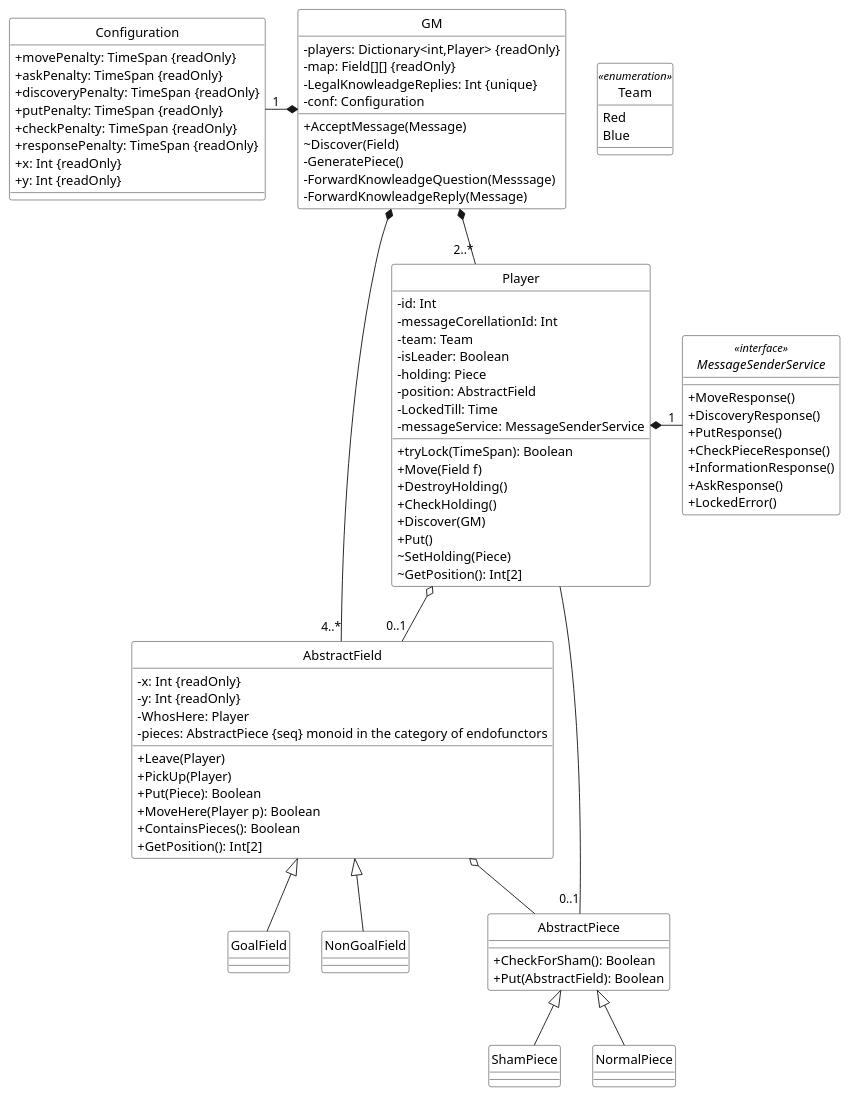
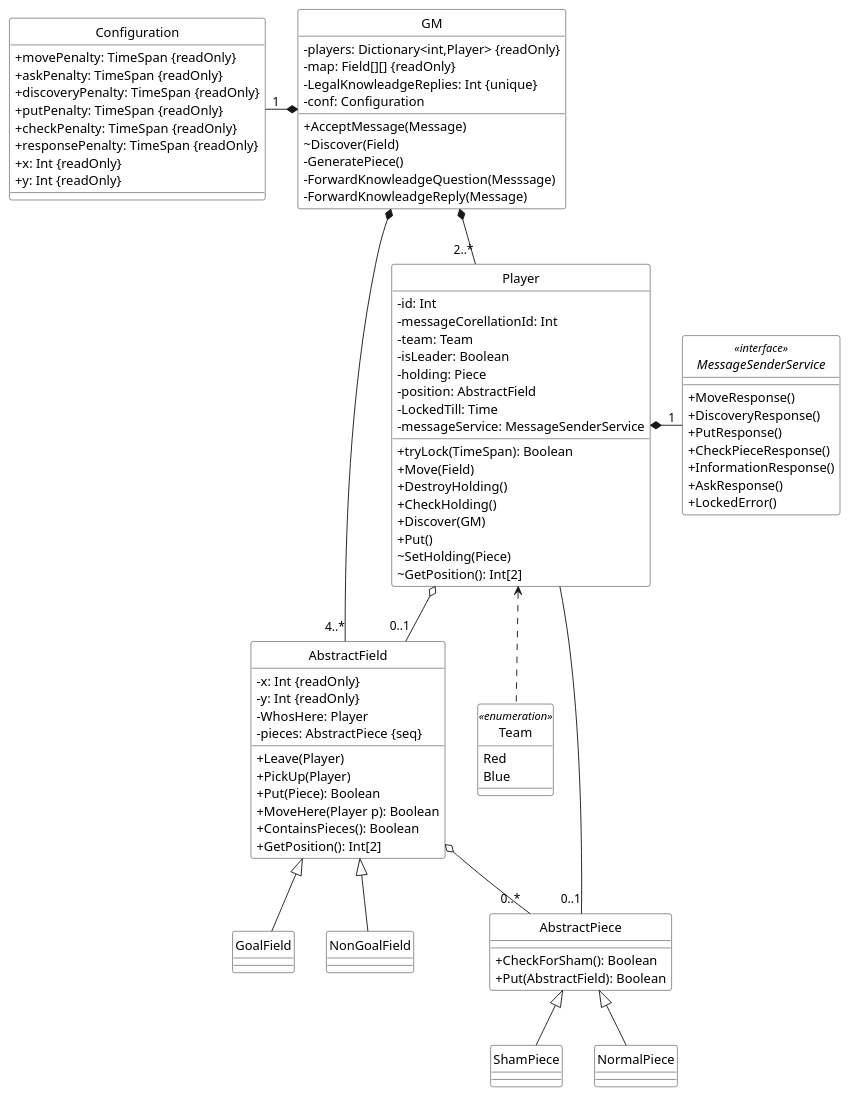
Before and after one commit to MINI-IO/IO-project-game: the diagram in UML/ClassDiagram/GM.puml, drawn with PlantUML.

Commit message:
Fix GM class diagram

```diff
--- a/UML/ClassDiagram/GM.puml
+++ b/UML/ClassDiagram/GM.puml
@@ -1,114 +1,115 @@
 @startuml
 
 skinparam shadowing false
 skinparam monochrome true
 skinparam classAttributeIconSize 0
 hide circle
 
 skinparam class {
 	BackgroundColor white
 }
 
 AbstractField <|-- GoalField
 AbstractField <|-- NonGoalField
 
 class AbstractField
 {
 - x: Int {readOnly}
 - y: Int {readOnly}
 - WhosHere: Player
-- pieces: AbstractPiece {seq} monoid in the category of endofunctors
+- pieces: AbstractPiece {seq}
 + Leave(Player)
 + PickUp(Player)
 + Put(Piece): Boolean
 + MoveHere(Player p): Boolean
 + ContainsPieces(): Boolean
 + GetPosition(): Int[2]
 }
 
 class GoalField
 {
 }
 
 class Configuration
 {
 + movePenalty: TimeSpan {readOnly}
 + askPenalty: TimeSpan {readOnly}
 + discoveryPenalty: TimeSpan {readOnly}
 + putPenalty: TimeSpan {readOnly}
 + checkPenalty: TimeSpan {readOnly}
 + responsePenalty: TimeSpan {readOnly}
 + x: Int {readOnly}
 + y: Int {readOnly}
 }
 
 GM *-left-"1" Configuration
 
 class GM
 {
 + AcceptMessage(Message) 
 ~ Discover(Field)
 - players: Dictionary<int,Player> {readOnly}
 - map: Field[][] {readOnly}
 - LegalKnowleadgeReplies: Int {unique}
 - conf: Configuration
 - GeneratePiece() 
 - ForwardKnowleadgeQuestion(Messsage)
 - ForwardKnowleadgeReply(Message)
 }
 
 
 enum Team <<enumeration>>
 {
 Red
 Blue
 }
 GM *--"2..*" Player
 Player o--"0..1" AbstractField
 Player *-right-"1" MessageSenderService
-AbstractField o-- AbstractPiece
+Player <.down. Team
+AbstractField o--"0..*" AbstractPiece
 class Player
 {
 + tryLock(TimeSpan): Boolean
-+ Move(Field f)
++ Move(Field)
 + DestroyHolding()
 + CheckHolding()
 + Discover(GM)
 + Put()
 ~ SetHolding(Piece)
 ~ GetPosition(): Int[2]
 - id: Int
 - messageCorellationId: Int
 - team: Team
 - isLeader: Boolean
 - holding: Piece
 - position: AbstractField
 - LockedTill: Time
 - messageService: MessageSenderService
 }
 
 interface MessageSenderService <<interface>>
 {
 + MoveResponse()
 + DiscoveryResponse()
 + PutResponse()
 + CheckPieceResponse()
 + InformationResponse()
 + AskResponse()
 + LockedError()
 }
 
 GM *--"4..*" AbstractField
 
 AbstractPiece <|-- ShamPiece
 AbstractPiece <|-- NormalPiece
 
 Player --"0..1" AbstractPiece
 
 class AbstractPiece
 {
 + CheckForSham(): Boolean
 + Put(AbstractField): Boolean
 }
 
 @enduml
```
